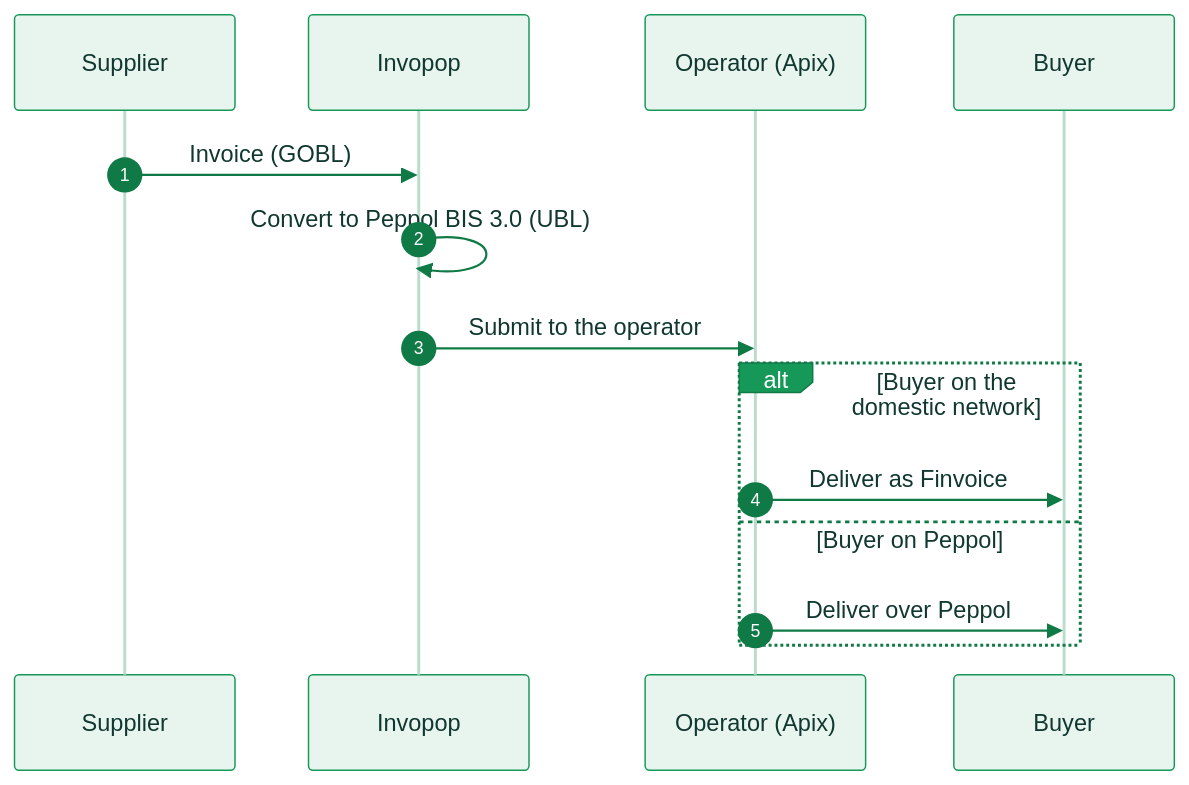
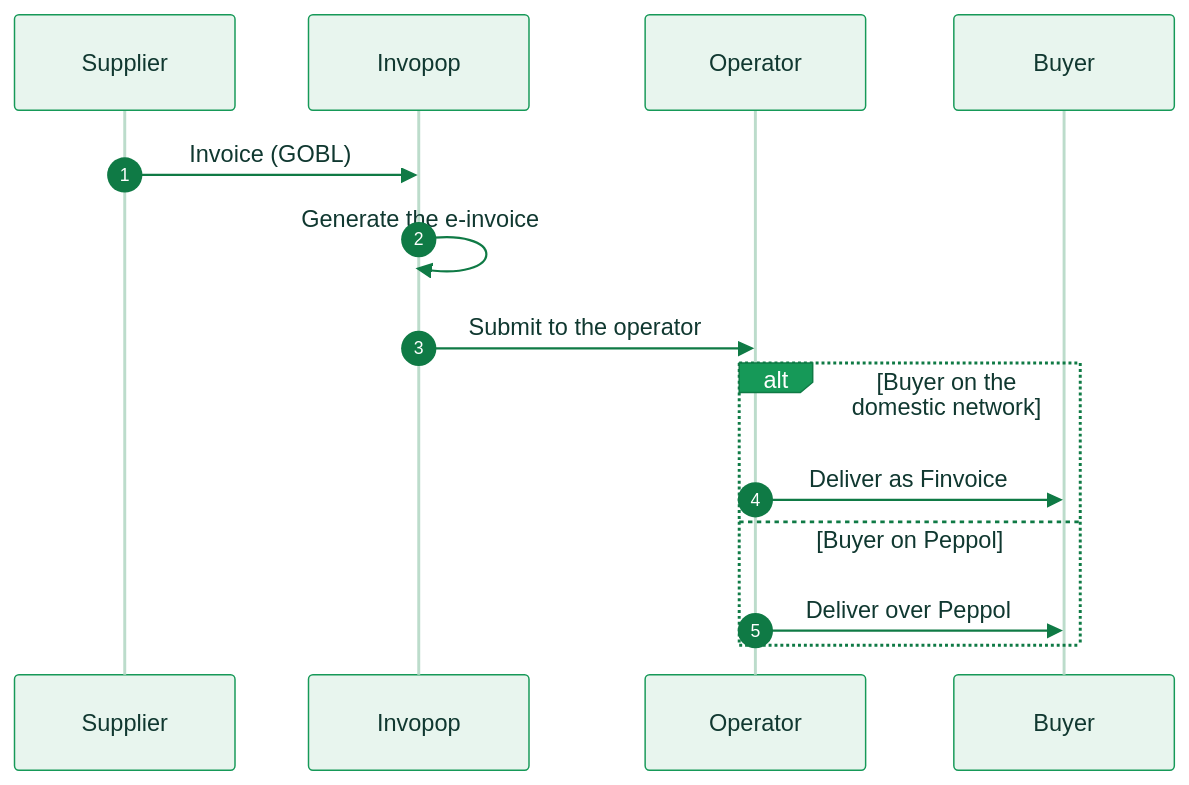
The diagram in compliance/finland.mdx (invopop/docs.invopop.com), drawn with Mermaid before and after one commit. The commit also changed other lines of this file and 18 other files, not shown here.

````diff
--- a/compliance/finland.mdx
+++ b/compliance/finland.mdx
@@ -41,17 +41,17 @@
 ```mermaid actions={false}
 %%{init: {'theme':'base','themeVariables':{'actorBkg':'#e8f5ee','actorBorder':'#169958','actorTextColor':'#103830','actorLineColor':'#bcdccb','signalColor':'#0f7a45','signalTextColor':'#103830','noteBkgColor':'#ffffff','noteBorderColor':'#169958','noteTextColor':'#103830','labelBoxBkgColor':'#169958','labelBoxBorderColor':'#0f7a45','labelTextColor':'#ffffff','sequenceNumberColor':'#ffffff'}}}%%
 sequenceDiagram
     autonumber
     participant S as Supplier
     participant IV as Invopop
-    participant AX as Operator (Apix)
+    participant AX as Operator
     participant B as Buyer
     S->>IV: Invoice (GOBL)
-    IV->>IV: Convert to Peppol BIS 3.0 (UBL)
+    IV->>IV: Generate the e-invoice
     IV->>AX: Submit to the operator
     alt Buyer on the domestic network
         AX->>B: Deliver as Finvoice
     else Buyer on Peppol
         AX->>B: Deliver over Peppol
     end
 ```
````
